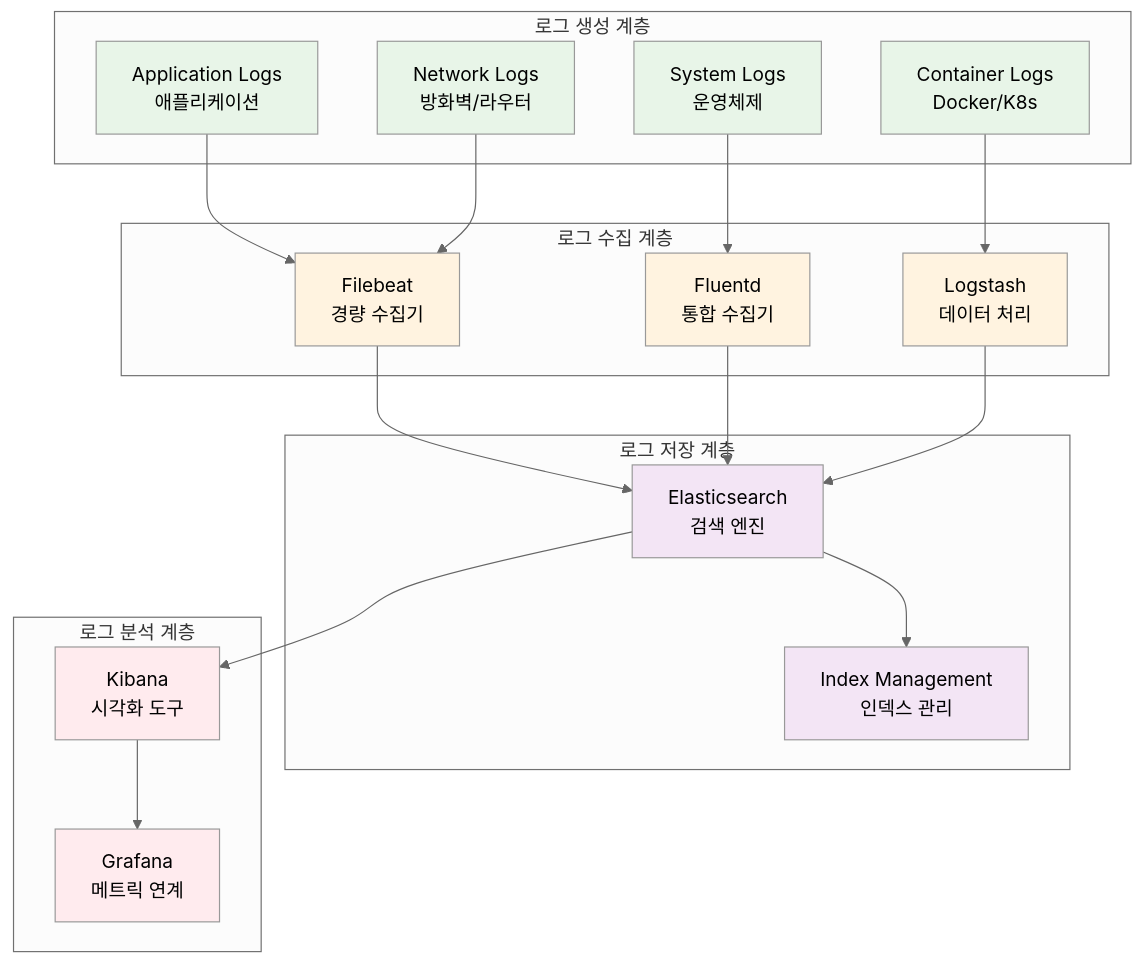
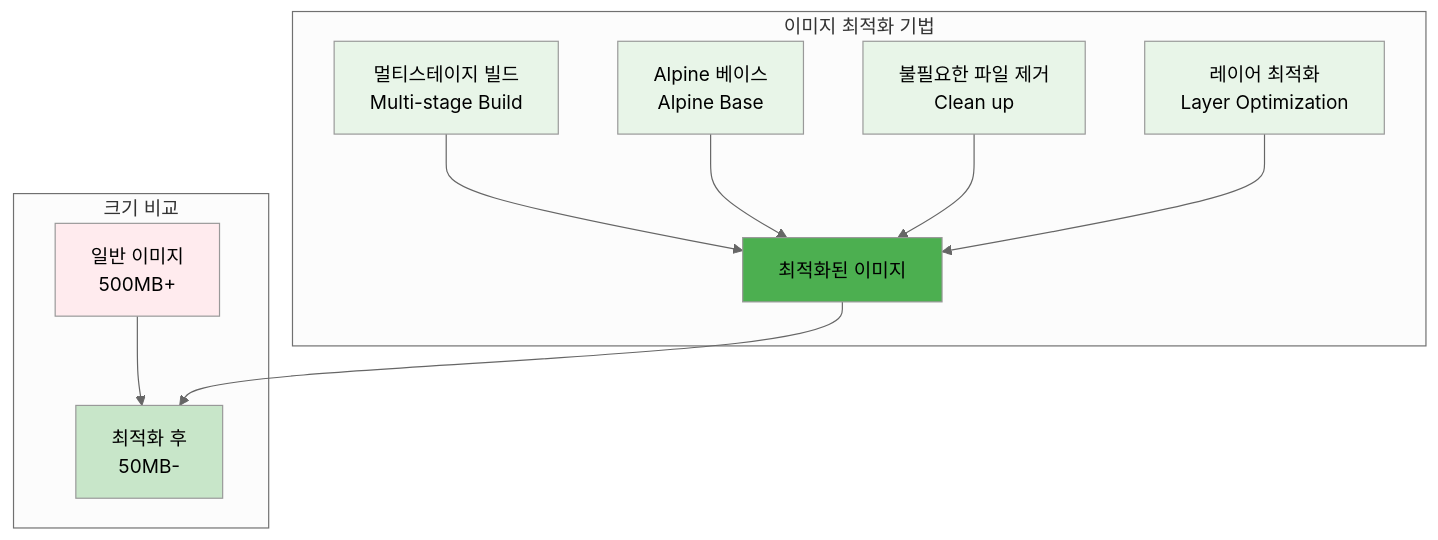
One commit to niceguy61/kdt_devops_lecture_2025 changed the second of 4 diagrams in theory/week_02/day3/session_2.md. Above: the diagram before and after it, drawn with Mermaid (neutral theme). The commit also changed other lines of this file and 68 other files, not shown here.

````diff
--- a/theory/week_02/day3/session_2.md
+++ b/theory/week_02/day3/session_2.md
@@ -53,48 +46,23 @@
 ```mermaid
 graph TB
-    subgraph "로그 생성 계층"
-        A[Application Logs<br/>애플리케이션]
-        B[System Logs<br/>운영체제]
-        C[Container Logs<br/>Docker/K8s]
-        D[Network Logs<br/>방화벽/라우터]
+    subgraph "이미지 최적화 기법"
+        A[멀티스테이지 빌드<br/>Multi-stage Build] --> E[최적화된 이미지]
+        B[Alpine 베이스<br/>Alpine Base] --> E
+        C[불필요한 파일 제거<br/>Clean up] --> E
+        D[레이어 최적화<br/>Layer Optimization] --> E
     end
     
-    subgraph "로그 수집 계층"
-        E[Filebeat<br/>경량 수집기]
-        F[Fluentd<br/>통합 수집기]
-        G[Logstash<br/>데이터 처리]
+    subgraph "크기 비교"
+        F[일반 이미지<br/>500MB+] --> G[최적화 후<br/>50MB-]
     end
     
-    subgraph "로그 저장 계층"
-        H[Elasticsearch<br/>검색 엔진]
-        I[Index Management<br/>인덱스 관리]
-    end
-    
-    subgraph "로그 분석 계층"
-        J[Kibana<br/>시각화 도구]
-        K[Grafana<br/>메트릭 연계]
-    end
-    
-    A --> E
-    B --> F
-    C --> G
-    D --> E
-    E --> H
-    F --> H
-    G --> H
-    H --> I
-    H --> J
-    J --> K
+    E --> G
     
     style A fill:#e8f5e8
     style B fill:#e8f5e8
     style C fill:#e8f5e8
     style D fill:#e8f5e8
-    style E fill:#fff3e0
-    style F fill:#fff3e0
-    style G fill:#fff3e0
-    style H fill:#f3e5f5
-    style I fill:#f3e5f5
-    style J fill:#ffebee
-    style K fill:#ffebee
+    style E fill:#4caf50
+    style F fill:#ffebee
+    style G fill:#c8e6c9
 ```
````
